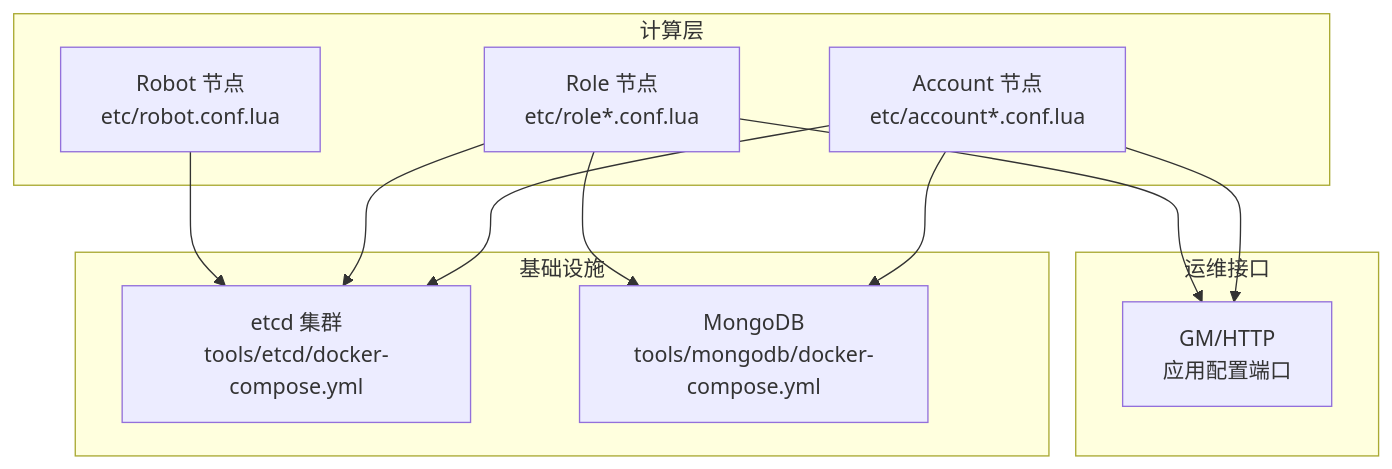
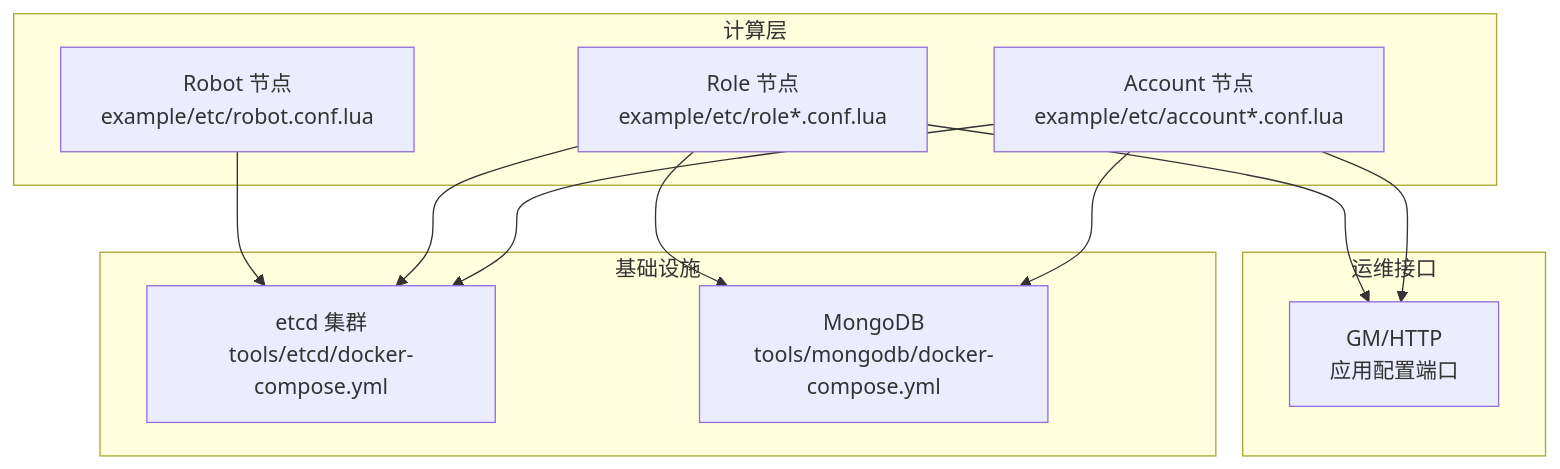
The second of 7 diagrams in docs/repowiki/zh/content/部署运维/部署指南.md (hanxi/skyext), drawn with Mermaid before and after one commit. The commit also changed other lines of this file and 117 other files, not shown here.

````diff
--- a/docs/repowiki/zh/content/部署运维/部署指南.md
+++ b/docs/repowiki/zh/content/部署运维/部署指南.md
@@ -111,22 +111,22 @@
 ```mermaid
 graph TB
 subgraph "计算层"
-A1["Account 节点<br/>etc/account*.conf.lua"]
-A2["Role 节点<br/>etc/role*.conf.lua"]
-A3["Robot 节点<br/>etc/robot.conf.lua"]
+A1["Account 节点<br/>example/etc/account*.conf.lua"]
+A2["Role 节点<br/>example/etc/role*.conf.lua"]
+A3["Robot 节点<br/>example/etc/robot.conf.lua"]
 end
 subgraph "基础设施"
 E["etcd 集群<br/>tools/etcd/docker-compose.yml"]
 M["MongoDB<br/>tools/mongodb/docker-compose.yml"]
 end
 subgraph "运维接口"
 H["GM/HTTP<br/>应用配置端口"]
 end
 A1 --> E
 A2 --> E
 A3 --> E
 A1 --> M
 A2 --> M
 A1 --> H
 A2 --> H
 ```
````
